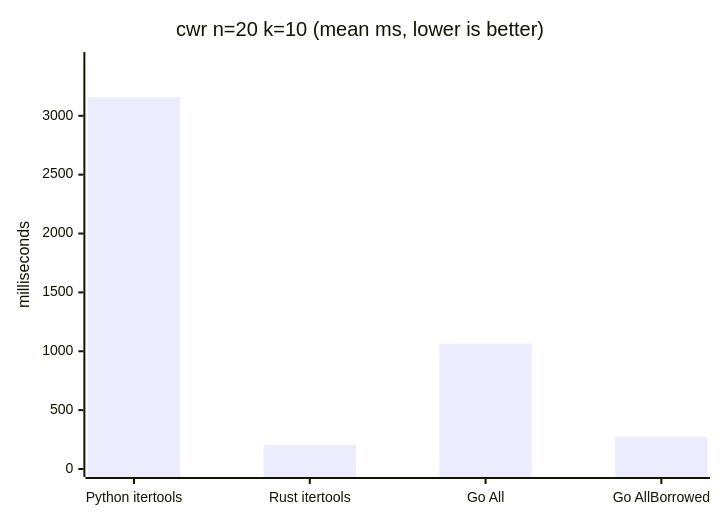
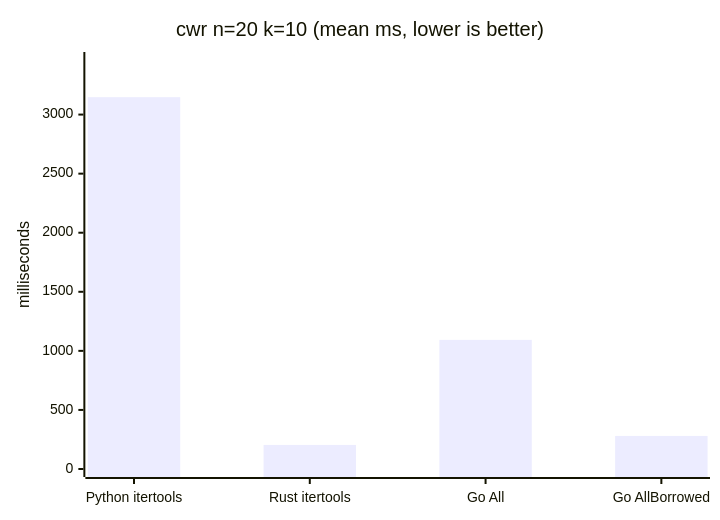
The seventh of 10 diagrams in bench/RESULTS.md (natemcintosh/gocombinatorics), drawn with Mermaid before and after one commit. The commit also changed other lines of this file and 1 other file, not shown here.

````diff
--- a/bench/RESULTS.md
+++ b/bench/RESULTS.md
@@ -173,7 +173,7 @@
 ```mermaid
 xychart-beta
     title "cwr n=20 k=10 (mean ms, lower is better)"
     x-axis ["Python itertools", "Rust itertools", "Go All", "Go AllBorrowed"]
-    y-axis "milliseconds" 0 --> 3474
-    bar [3158.2, 203.1, 1065.9, 274.3]
+    y-axis "milliseconds" 0 --> 3462
+    bar [3147.1, 203.8, 1093.1, 279.8]
 ```
````
